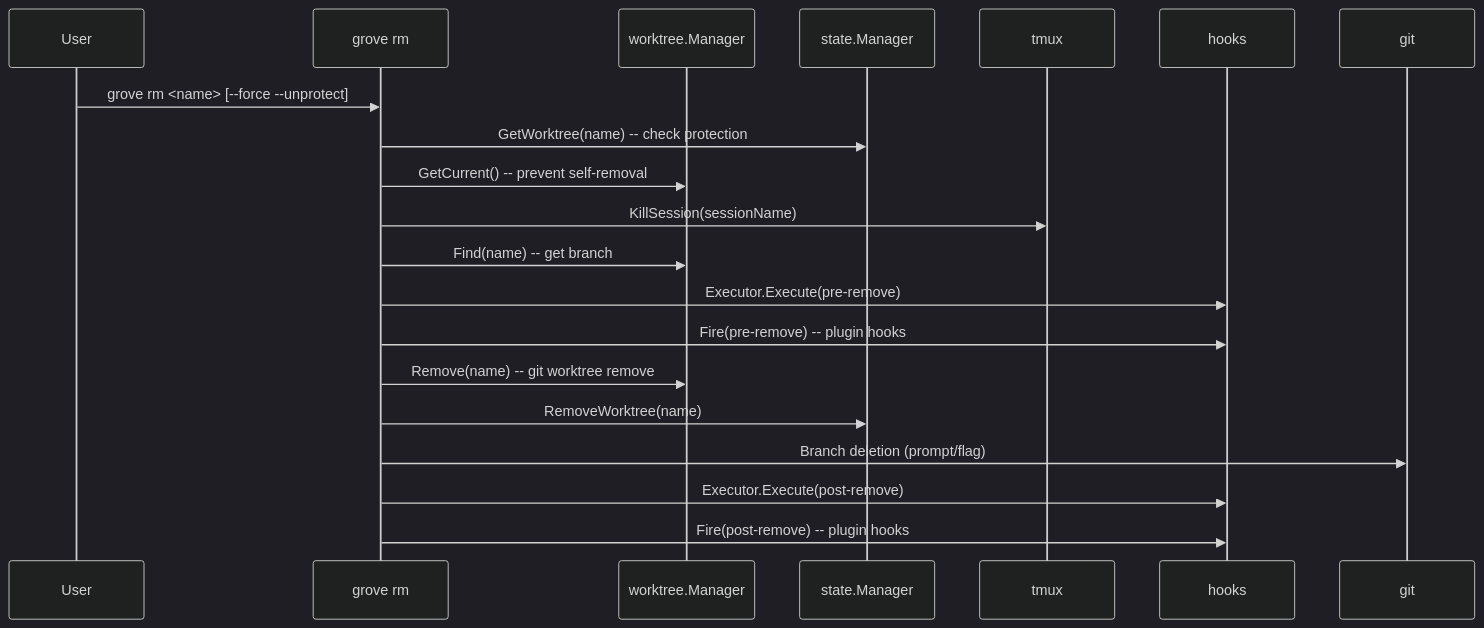
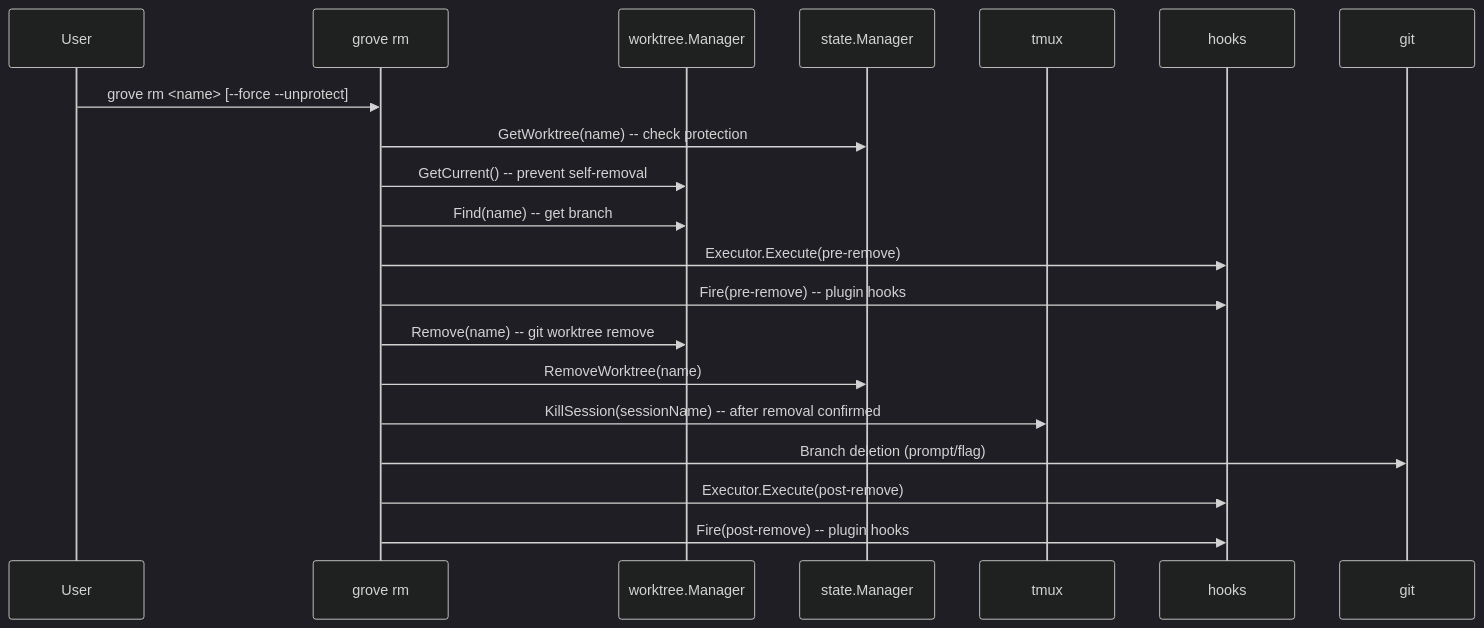
Before and after one commit to LeahArmstrong/grove-cli: the sixth of 7 diagrams in docs/DATA_FLOWS.md, drawn with Mermaid (dark theme). The commit also changed 66 other files, not shown here.

````diff
--- a/docs/DATA_FLOWS.md
+++ b/docs/DATA_FLOWS.md
@@ -350,23 +350,23 @@
 ```mermaid
 sequenceDiagram
     participant U as User
     participant R as grove rm
     participant W as worktree.Manager
     participant S as state.Manager
     participant TM as tmux
     participant H as hooks
     participant G as git
 
     U->>R: grove rm <name> [--force --unprotect]
     R->>S: GetWorktree(name) -- check protection
     R->>W: GetCurrent() -- prevent self-removal
-    R->>TM: KillSession(sessionName)
     R->>W: Find(name) -- get branch
     R->>H: Executor.Execute(pre-remove)
     R->>H: Fire(pre-remove) -- plugin hooks
     R->>W: Remove(name) -- git worktree remove
     R->>S: RemoveWorktree(name)
+    R->>TM: KillSession(sessionName) -- after removal confirmed
     R->>G: Branch deletion (prompt/flag)
     R->>H: Executor.Execute(post-remove)
     R->>H: Fire(post-remove) -- plugin hooks
 ```
````
